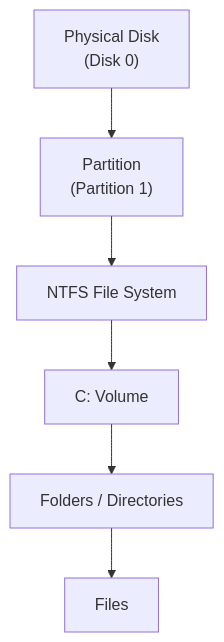
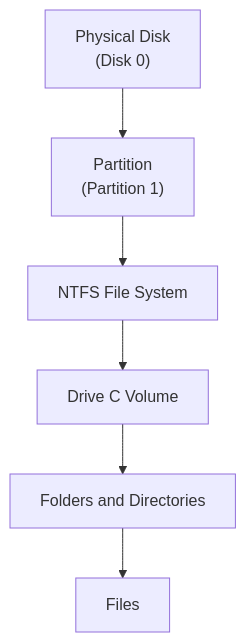
One commit to Kashif-Mashi/Blue-Team-Handbook changed the third of 10 diagrams in Windows/Fundamentals/Chapter 03 — Windows File System & File Explorer.md. Above: the diagram before and after it, drawn with Mermaid. The commit also changed other lines of this file and 1 other file, not shown here.

````diff
--- a/Windows/Fundamentals/Chapter 03 — Windows File System & File Explorer.md
+++ b/Windows/Fundamentals/Chapter 03 — Windows File System & File Explorer.md
@@ -180,9 +180,9 @@
 ```mermaid
 flowchart TD
-    PhysicalDisk["Physical Disk<br/>(Disk 0)"]
-    PhysicalDisk --> Partition["Partition<br/>(Partition 1)"]
+    PhysicalDisk["Physical Disk<br>(Disk 0)"]
+    PhysicalDisk --> Partition["Partition<br>(Partition 1)"]
     Partition --> FS["NTFS File System"]
-    FS --> Volume["C: Volume"]
-    Volume --> Folders["Folders / Directories"]
+    FS --> Volume["Drive C Volume"]
+    Volume --> Folders["Folders and Directories"]
     Folders --> Files["Files"]
 ```
````
